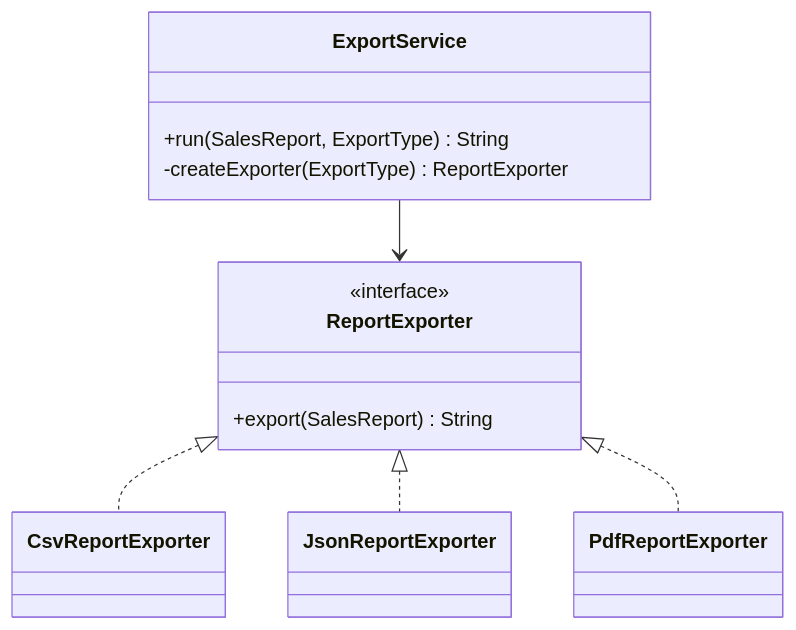
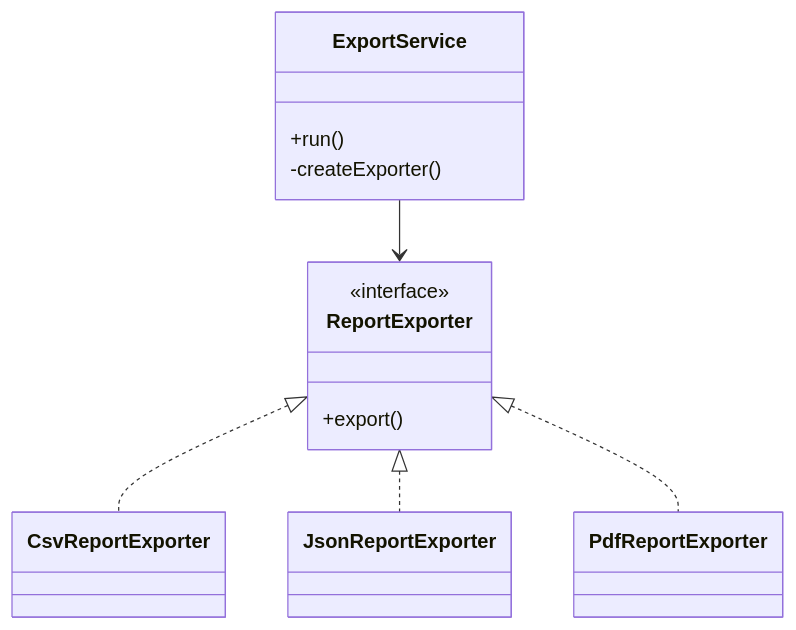
The diagram in _posts/2025-12-04-factory-method-pattern-java-exporters.md (sandeepbhardwaj/sandeepbhardwaj.github.io), drawn with Mermaid before and after one commit. The commit also changed 85 other files, not shown here.

Commit message:
mermaid flow chart fixes

````diff
--- a/_posts/2025-12-04-factory-method-pattern-java-exporters.md
+++ b/_posts/2025-12-04-factory-method-pattern-java-exporters.md
@@ -52,15 +52,15 @@
 ```mermaid
 classDiagram
     class ReportExporter {
       <<interface>>
-      +export(SalesReport) String
+      +export()
     }
     class ExportService {
-      +run(SalesReport, ExportType) String
-      -createExporter(ExportType) ReportExporter
+      +run()
+      -createExporter()
     }
     ReportExporter <|.. CsvReportExporter
     ReportExporter <|.. JsonReportExporter
     ReportExporter <|.. PdfReportExporter
     ExportService --> ReportExporter
 ```
````
